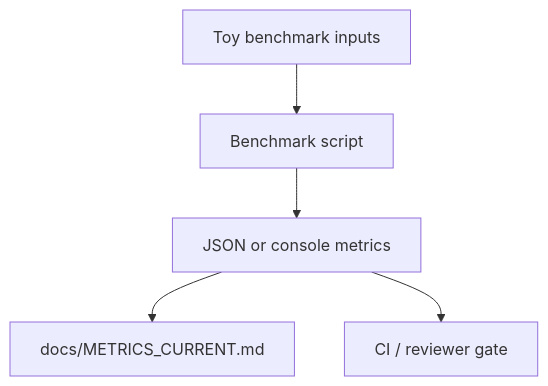
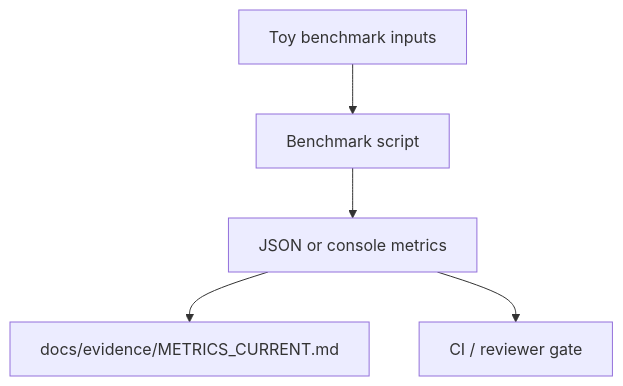
The first of 3 diagrams in scripts/benchmarks/AGENTS.md (streamentry/OpenAMP-Foundry), drawn with Mermaid before and after one commit. The commit also changed 2 other files, not shown here.

Commit message:
docs: keep benchmark agent metrics path current

````diff
--- a/scripts/benchmarks/AGENTS.md
+++ b/scripts/benchmarks/AGENTS.md
@@ -20,7 +20,7 @@
 ```mermaid
 flowchart TD
   Inputs["Toy benchmark inputs"] --> Runner["Benchmark script"]
   Runner --> Metrics["JSON or console metrics"]
-  Metrics --> Docs["docs/METRICS_CURRENT.md"]
+  Metrics --> Docs["docs/evidence/METRICS_CURRENT.md"]
   Metrics --> Gates["CI / reviewer gate"]
 ```
````
